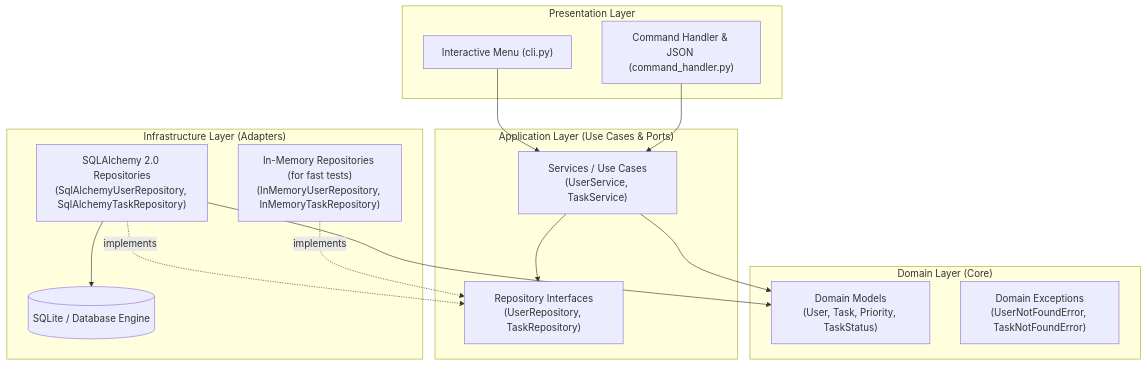
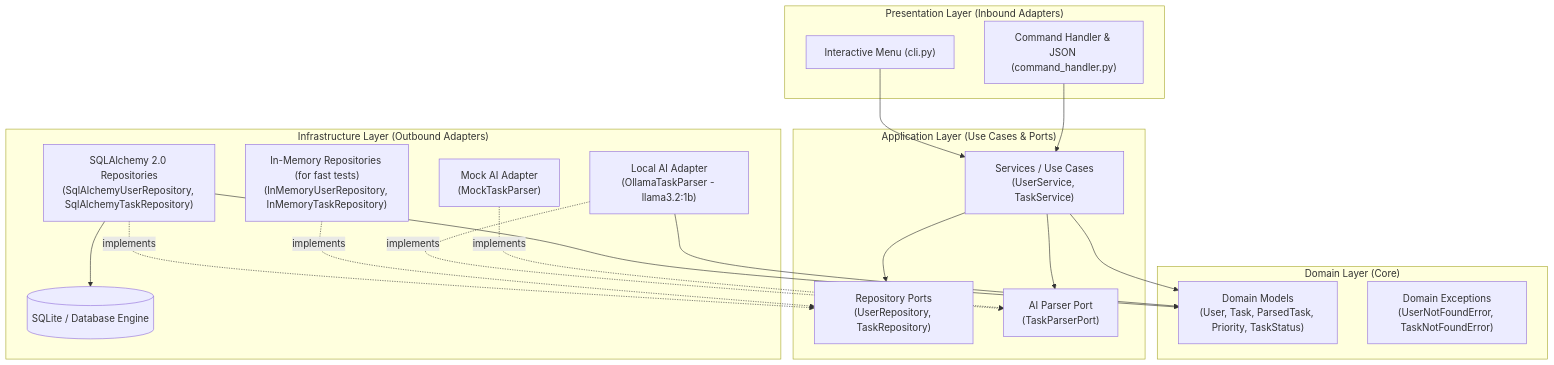
The diagram in README.md (ctorrez/todo_app), drawn with Mermaid before and after one commit. The commit also changed other lines of this file and 10 other files, not shown here.

First line of the commit message:
Add AI natural language task ingestion with local Ollama

````diff
--- a/README.md
+++ b/README.md
@@ -19,32 +19,39 @@
 ```mermaid
 flowchart TD
-    subgraph Presentation ["Presentation Layer"]
+    subgraph Presentation ["Presentation Layer (Inbound Adapters)"]
         CLI["Interactive Menu (cli.py)"]
         AgentCLI["Command Handler & JSON (command_handler.py)"]
     end
 
     subgraph Application ["Application Layer (Use Cases & Ports)"]
         Services["Services / Use Cases\n(UserService, TaskService)"]
-        Ports["Repository Interfaces\n(UserRepository, TaskRepository)"]
+        RepoPorts["Repository Ports\n(UserRepository, TaskRepository)"]
+        AIPort["AI Parser Port\n(TaskParserPort)"]
     end
 
     subgraph Domain ["Domain Layer (Core)"]
-        Entities["Domain Models\n(User, Task, Priority, TaskStatus)"]
+        Entities["Domain Models\n(User, Task, ParsedTask, Priority, TaskStatus)"]
         Exceptions["Domain Exceptions\n(UserNotFoundError, TaskNotFoundError)"]
     end
 
-    subgraph Infrastructure ["Infrastructure Layer (Adapters)"]
+    subgraph Infrastructure ["Infrastructure Layer (Outbound Adapters)"]
         SqlRepo["SQLAlchemy 2.0 Repositories\n(SqlAlchemyUserRepository, SqlAlchemyTaskRepository)"]
         MemRepo["In-Memory Repositories (for fast tests)\n(InMemoryUserRepository, InMemoryTaskRepository)"]
+        OllamaAdapter["Local AI Adapter\n(OllamaTaskParser - llama3.2:1b)"]
+        MockAIAdapter["Mock AI Adapter\n(MockTaskParser)"]
         DB[(SQLite / Database Engine)]
     end
 
     CLI --> Services
     AgentCLI --> Services
     Services --> Entities
-    Services --> Ports
-    SqlRepo -.->|implements| Ports
-    MemRepo -.->|implements| Ports
+    Services --> RepoPorts
+    Services --> AIPort
+    SqlRepo -.->|implements| RepoPorts
+    MemRepo -.->|implements| RepoPorts
+    OllamaAdapter -.->|implements| AIPort
+    MockAIAdapter -.->|implements| AIPort
     SqlRepo --> DB
     SqlRepo --> Entities
+    OllamaAdapter --> Entities
 ```
````
